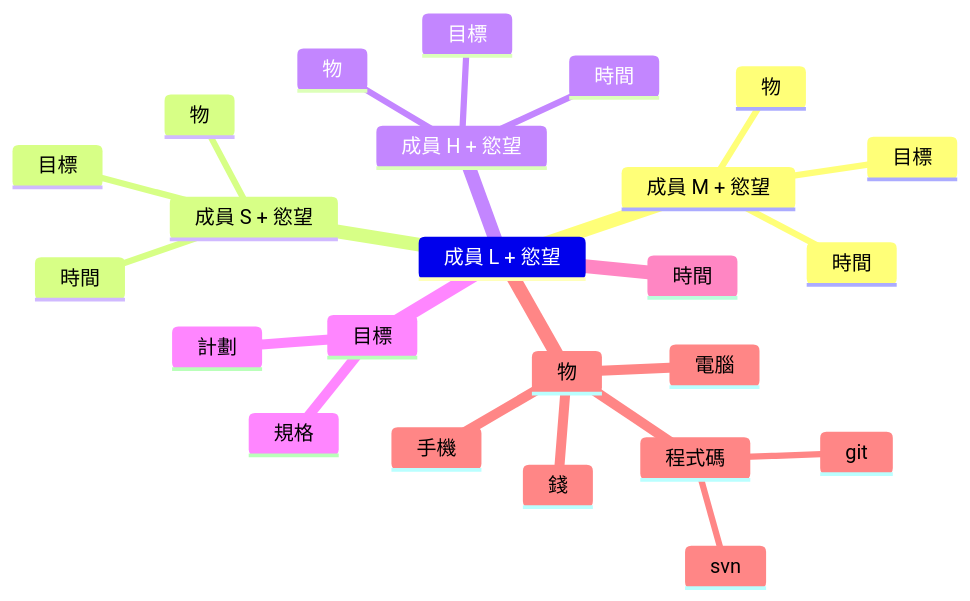
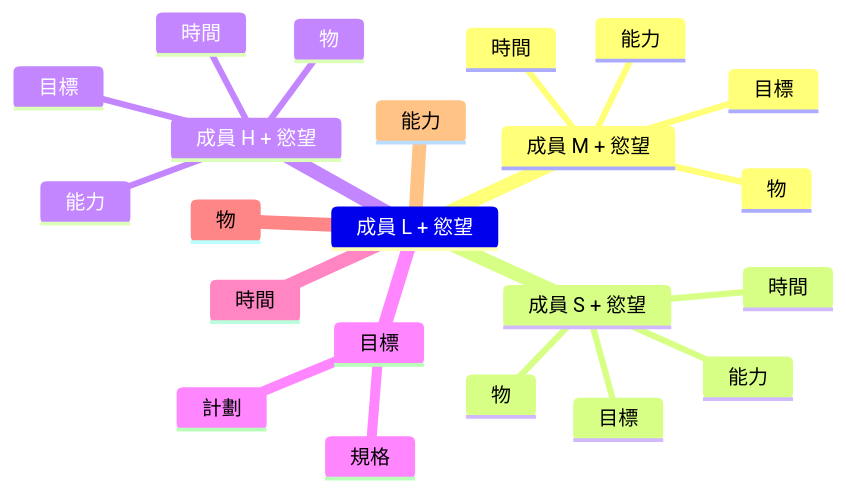
Before and after one commit to lankahsu520/HelperX: the second of 3 diagrams in helper_DevelopmentandManage.md, drawn with Mermaid. The commit also changed other lines of this file, not shown here.

Commit message:
update helper_DevelopmentandManage.md, 2. 開發（Development）

````diff
--- a/helper_DevelopmentandManage.md
+++ b/helper_DevelopmentandManage.md
@@ -229,27 +229,25 @@
 ```mermaid
 mindmap
 	成員 L + 慾望
 			成員 M + 慾望
 				時間
 				物
 				目標
+				能力
 			成員 S + 慾望
 				時間
 				物
 				目標
+				能力
 			成員 H + 慾望
 				時間
 				物
 				目標
+				能力
 		目標
 			計劃
 			規格
 		時間
 		物
-			錢
-			電腦
-			手機
-			程式碼
-				svn
-				git
+		能力
 ```
````
